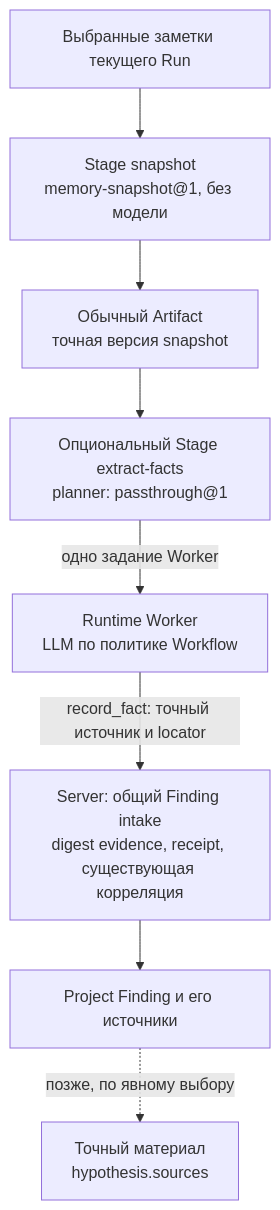
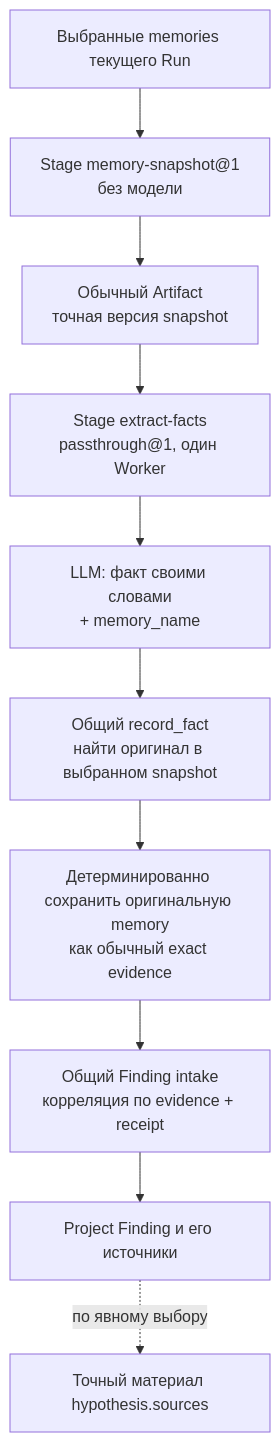
One commit to grauwolf32/contractor changed the fourth of 7 diagrams in docs/proposals/0055-project-facts-through-findings.md. Above: the diagram before and after it, drawn with Mermaid. The commit also changed other lines of this file and 6 other files, not shown here.

````diff
--- a/docs/proposals/0055-project-facts-through-findings.md
+++ b/docs/proposals/0055-project-facts-through-findings.md
@@ -132,10 +211,12 @@
 ```mermaid
 flowchart TD
-    N["Выбранные заметки текущего Run"] --> S["Stage snapshot<br/>memory-snapshot@1, без модели"]
+    M["Выбранные memories текущего Run"] --> S["Stage memory-snapshot@1<br/>без модели"]
     S --> A["Обычный Artifact<br/>точная версия snapshot"]
-    A --> T["Опциональный Stage extract-facts<br/>planner: passthrough@1"]
-    T -->|"одно задание Worker"| W["Runtime Worker<br/>LLM по политике Workflow"]
-    W -->|"record_fact: точный источник и locator"| F["Server: общий Finding intake<br/>digest evidence, receipt, существующая корреляция"]
+    A --> T["Stage extract-facts<br/>passthrough@1, один Worker"]
+    T --> W["LLM: факт своими словами<br/>+ memory_name"]
+    W --> R["Общий record_fact<br/>найти оригинал в выбранном snapshot"]
+    R --> E["Детерминированно сохранить оригинальную memory<br/>как обычный exact evidence"]
+    E --> F["Общий Finding intake<br/>корреляция по evidence + receipt"]
     F --> P["Project Finding и его источники"]
-    P -.->|"позже, по явному выбору"| H["Точный материал<br/>hypothesis.sources"]
+    P -.->|"по явному выбору"| H["Точный материал hypothesis.sources"]
 ```
````
